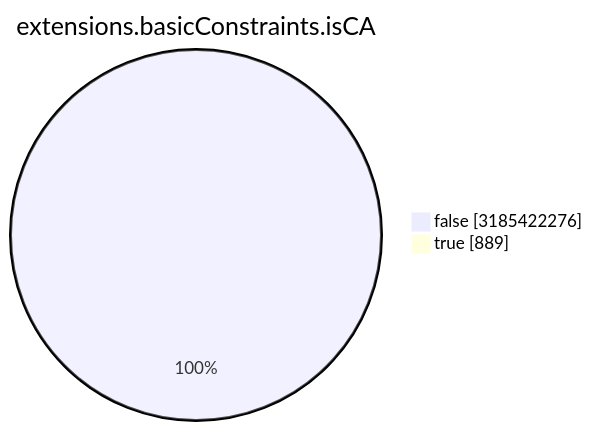
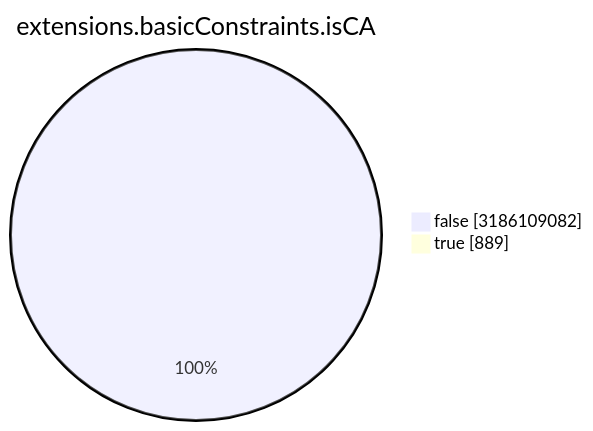
Before and after one commit to christiankrug/ctmonitor_visualization: the seventh of 15 diagrams in TOTAL/README.md, drawn with Mermaid. The commit also changed other lines of this file, not shown here.

````diff
--- a/TOTAL/README.md
+++ b/TOTAL/README.md
@@ -3088,6 +3088,6 @@
 ```mermaid
 pie showData
 title extensions.basicConstraints.isCA
-"false" :3185422276
+"false" :3186109082
 "true" :889
 ```
````
